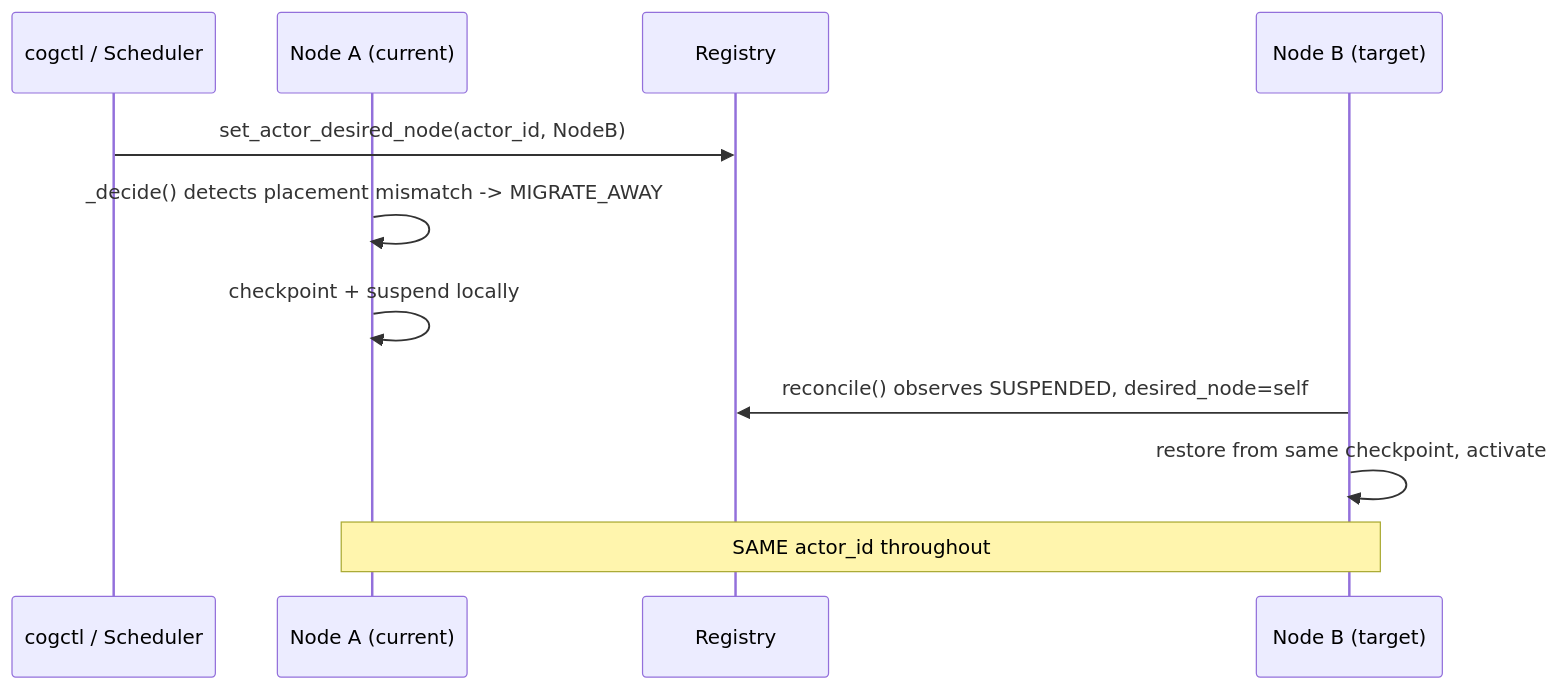
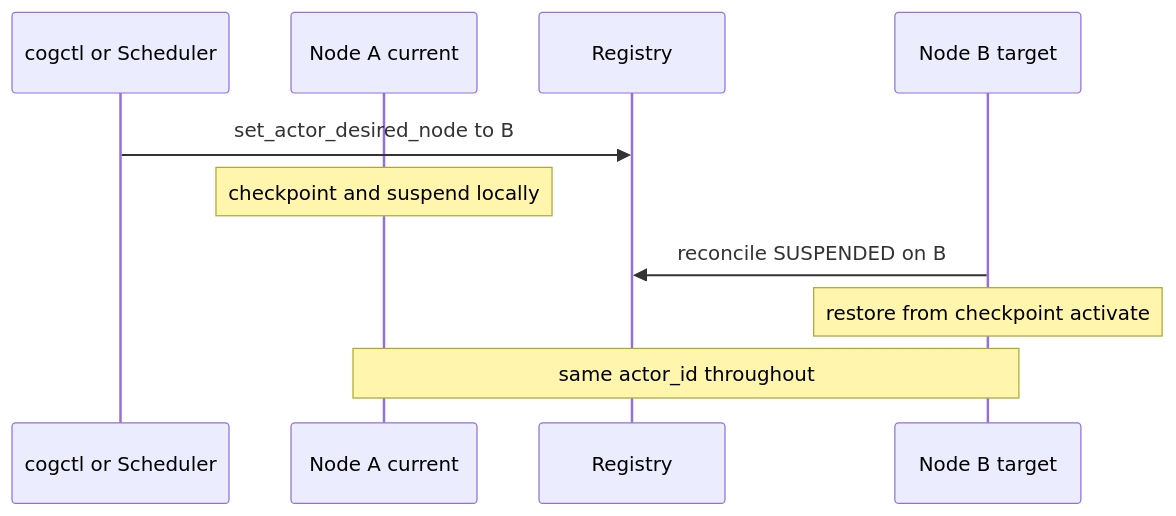
The fifth of 5 diagrams in docs/COGNITIVEOS_FINAL_ARCHITECTURE.md (monkeypatched-stack/cogitive-os), drawn with Mermaid before and after one commit. The commit also changed 6 other files, not shown here.

Commit message:
adding diagrams

````diff
--- a/docs/COGNITIVEOS_FINAL_ARCHITECTURE.md
+++ b/docs/COGNITIVEOS_FINAL_ARCHITECTURE.md
@@ -151,13 +151,12 @@
 ```mermaid
 sequenceDiagram
-    participant Op as cogctl / Scheduler
-    participant NodeA as Node A (current)
+    participant Op as cogctl or Scheduler
+    participant NodeA as Node A current
     participant Reg as Registry
-    participant NodeB as Node B (target)
-    Op->>Reg: set_actor_desired_node(actor_id, NodeB)
-    NodeA->>NodeA: _decide() detects placement mismatch -> MIGRATE_AWAY
-    NodeA->>NodeA: checkpoint + suspend locally
-    NodeB->>Reg: reconcile() observes SUSPENDED, desired_node=self
-    NodeB->>NodeB: restore from same checkpoint, activate
-    Note over NodeA,NodeB: SAME actor_id throughout
+    participant NodeB as Node B target
+    Op->>Reg: set_actor_desired_node to B
+    Note over NodeA: checkpoint and suspend locally
+    NodeB->>Reg: reconcile SUSPENDED on B
+    Note over NodeB: restore from checkpoint activate
+    Note over NodeA,NodeB: same actor_id throughout
 ```
````
